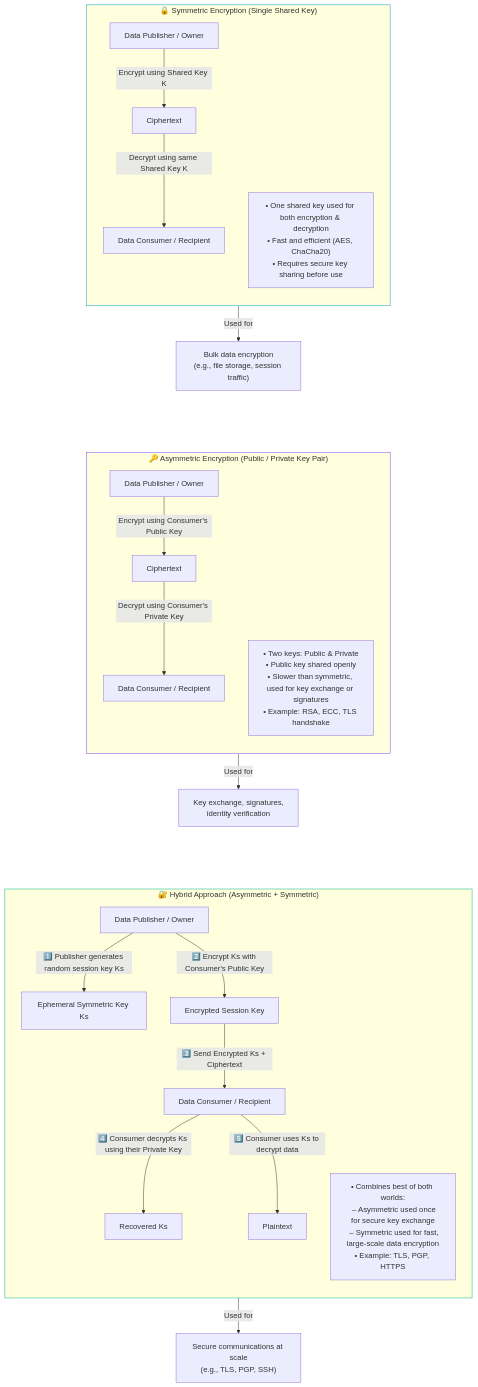
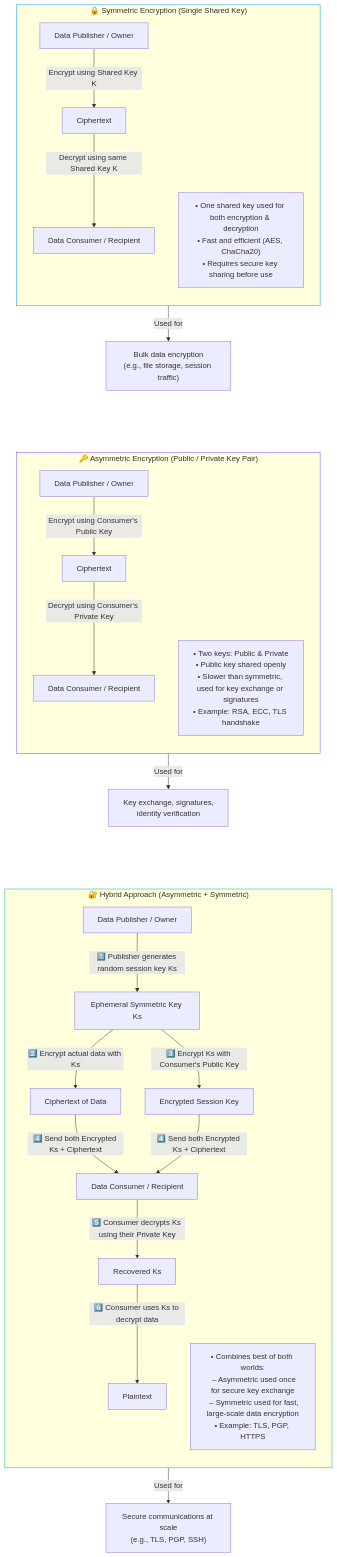
One commit to irahulsawhney/crypto-concepts changed the diagram in diagrams/01-symmetric-asymmetric.mmd. Above: the diagram before and after it, drawn with Mermaid.

Commit message:
Clarify hybrid encryption: show separate encryption of data and session key

```diff
--- a/diagrams/01-symmetric-asymmetric.mmd
+++ b/diagrams/01-symmetric-asymmetric.mmd
@@ -1,48 +1,50 @@
 flowchart TB
     %% === SYMMETRIC ENCRYPTION ===
     subgraph Symmetric_Encryption["🔒 Symmetric Encryption (Single Shared Key)"]
         direction TB
         P1["Data Publisher / Owner"]
         C1["Data Consumer / Recipient"]
         P1 -->|Encrypt using Shared Key K| B1[Ciphertext]
         B1 -->|Decrypt using same Shared Key K| C1
         N1["• One shared key used for both encryption & decryption<br/>• Fast and efficient (AES, ChaCha20)<br/>• Requires secure key sharing before use"]
     end
     Symmetric_Encryption -->|Used for| D1["Bulk data encryption<br/>(e.g., file storage, session traffic)"]
 
     D1 ~~~ separator1[ ]
     separator1 ~~~ Asymmetric_Encryption
 
     %% === ASYMMETRIC ENCRYPTION ===
     subgraph Asymmetric_Encryption["🔑 Asymmetric Encryption (Public / Private Key Pair)"]
         direction TB
         P2["Data Publisher / Owner"]
         C2["Data Consumer / Recipient"]
         P2 -->|Encrypt using Consumer's Public Key| B2[Ciphertext]
         B2 -->|Decrypt using Consumer's Private Key| C2
         N2["• Two keys: Public & Private<br/>• Public key shared openly<br/>• Slower than symmetric, used for key exchange or signatures<br/>• Example: RSA, ECC, TLS handshake"]
     end
     Asymmetric_Encryption -->|Used for| D2["Key exchange, signatures,<br/>identity verification"]
 
     D2 ~~~ separator2[ ]
     separator2 ~~~ Hybrid_Encryption
 
     %% === HYBRID ENCRYPTION ===
     subgraph Hybrid_Encryption["🔐 Hybrid Approach (Asymmetric + Symmetric)"]
         direction TB
         PH["Data Publisher / Owner"]
         CH["Data Consumer / Recipient"]
         PH -->|1️⃣ Publisher generates random session key Ks| Step1["Ephemeral Symmetric Key Ks"]
-        PH -->|2️⃣ Encrypt Ks with Consumer's Public Key| Step2["Encrypted Session Key"]
-        Step2 -->|3️⃣ Send Encrypted Ks + Ciphertext| CH
-        CH -->|4️⃣ Consumer decrypts Ks using their Private Key| Step3["Recovered Ks"]
-        CH -->|5️⃣ Consumer uses Ks to decrypt data| Step4["Plaintext"]
+        Step1 -->|2️⃣ Encrypt actual data with Ks| Step2["Ciphertext of Data"]
+        Step1 -->|3️⃣ Encrypt Ks with Consumer's Public Key| Step3["Encrypted Session Key"]
+        Step2 -->|4️⃣ Send both Encrypted Ks + Ciphertext| CH
+        Step3 -->|4️⃣ Send both Encrypted Ks + Ciphertext| CH
+        CH -->|5️⃣ Consumer decrypts Ks using their Private Key| Step4["Recovered Ks"]
+        Step4 -->|6️⃣ Consumer uses Ks to decrypt data| Step5["Plaintext"]
         NH["• Combines best of both worlds:<br/>  – Asymmetric used once for secure key exchange<br/>  – Symmetric used for fast, large-scale data encryption<br/>• Example: TLS, PGP, HTTPS"]
     end
     Hybrid_Encryption -->|Used for| D3["Secure communications at scale<br/>(e.g., TLS, PGP, SSH)"]
 
     style Symmetric_Encryption stroke:#0099cc,stroke-width:1px
     style Asymmetric_Encryption stroke:#7a42f4,stroke-width:1px
     style Hybrid_Encryption stroke:#00b386,stroke-width:1px
     style separator1 fill:none,stroke:none
     style separator2 fill:none,stroke:none
```
